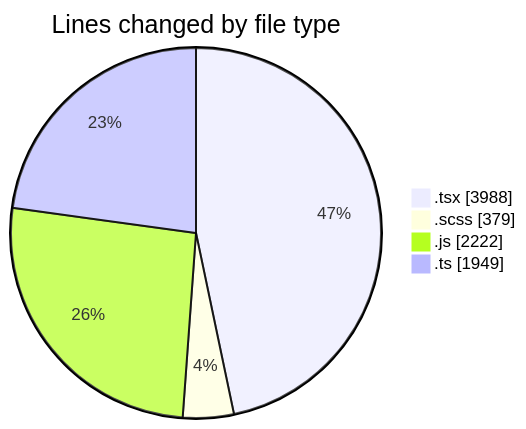
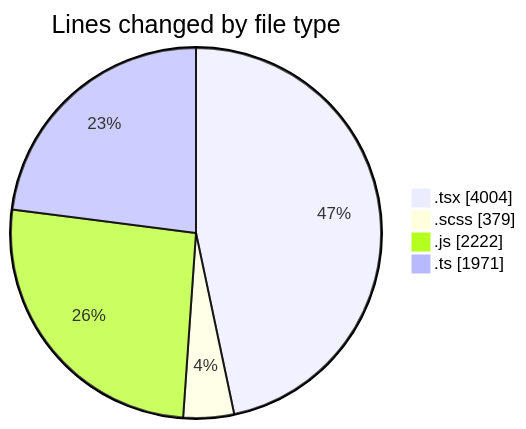
Before and after one commit to momahboobian/code-tracking: the first of 2 diagrams in 2026-06-17/cda/README.md, drawn with Mermaid. The commit also changed other lines of this file and 1 other file, not shown here.

````diff
--- a/2026-06-17/cda/README.md
+++ b/2026-06-17/cda/README.md
@@ -54,8 +55,8 @@
 ```mermaid
 pie showData
 title Lines changed by file type
-".tsx" : 3988
+".tsx" : 4004
 ".scss" : 379
 ".js" : 2222
-".ts" : 1949
+".ts" : 1971
 ```
````
